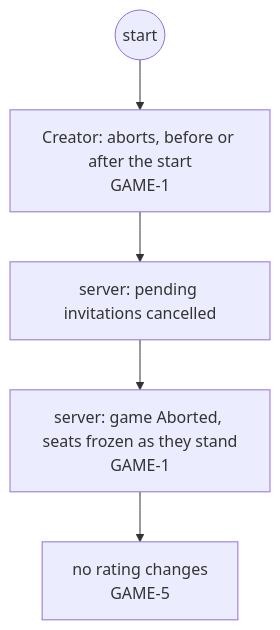
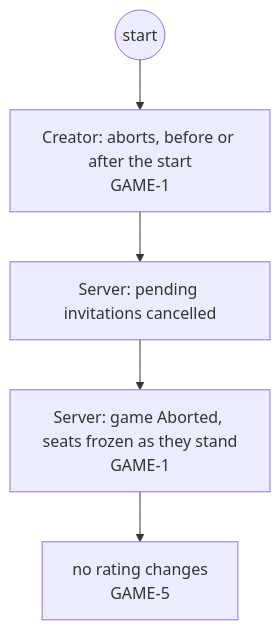
Diagram 19 of 29 in docs/changes/workstreams/application-game-architecture/71-one-game-model/71-functional.md (delphside/programme), drawn with Mermaid before and after one commit. The commit also changed other lines of this file, not shown here.

First line of the commit message:
app 0.9.2 api 2.16: 71: questions get headings Q1 to Q15; Server capitalised as an actor

````diff
--- a/docs/changes/workstreams/application-game-architecture/71-one-game-model/71-functional.md
+++ b/docs/changes/workstreams/application-game-architecture/71-one-game-model/71-functional.md
@@ -353,7 +354,7 @@
 ```mermaid
 flowchart TD
   s0((start)) --> c1["Creator: aborts, before or after the start<br/>GAME-1"]
-  c1 --> t1["server: pending invitations cancelled"]
-  t1 --> t2["server: game Aborted, seats frozen as they stand<br/>GAME-1"]
+  c1 --> t1["Server: pending invitations cancelled"]
+  t1 --> t2["Server: game Aborted, seats frozen as they stand<br/>GAME-1"]
   t2 --> t3["no rating changes<br/>GAME-5"]
 ```
````
